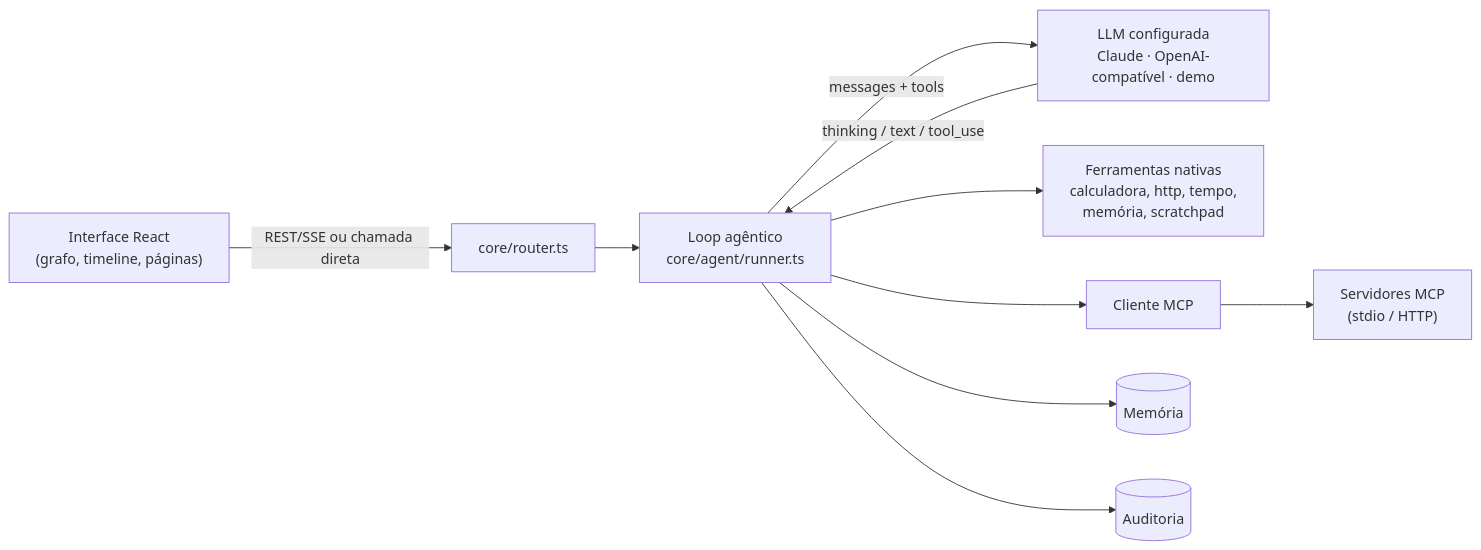
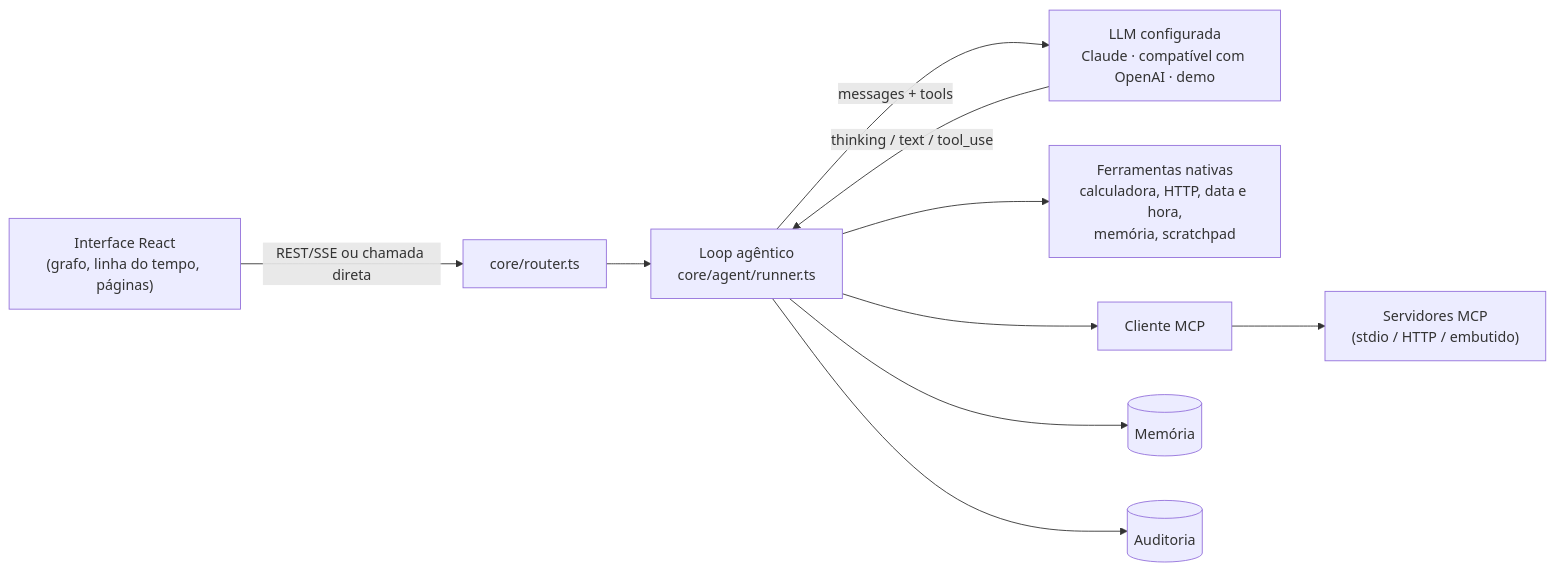
One commit to LeonardoLetr/poc_agents_plataform changed the diagram in README.md. Above: the diagram before and after it, drawn with Mermaid. The commit also changed other lines of this file and 12 other files, not shown here.

````diff
--- a/README.md
+++ b/README.md
@@ -71,11 +74,11 @@
 ```mermaid
 flowchart LR
-  UI["Interface React<br/>(grafo, timeline, páginas)"] -- "REST/SSE ou chamada direta" --> Router["core/router.ts"]
+  UI["Interface React<br/>(grafo, linha do tempo, páginas)"] -- "REST/SSE ou chamada direta" --> Router["core/router.ts"]
   Router --> Loop["Loop agêntico<br/>core/agent/runner.ts"]
-  Loop -- "messages + tools" --> LLM["LLM configurada<br/>Claude · OpenAI-compatível · demo"]
+  Loop -- "messages + tools" --> LLM["LLM configurada<br/>Claude · compatível com OpenAI · demo"]
   LLM -- "thinking / text / tool_use" --> Loop
-  Loop --> Nativas["Ferramentas nativas<br/>calculadora, http, tempo,<br/>memória, scratchpad"]
-  Loop --> MCP["Cliente MCP"] --> Servers["Servidores MCP<br/>(stdio / HTTP)"]
+  Loop --> Nativas["Ferramentas nativas<br/>calculadora, HTTP, data e hora,<br/>memória, scratchpad"]
+  Loop --> MCP["Cliente MCP"] --> Servers["Servidores MCP<br/>(stdio / HTTP / embutido)"]
   Loop --> Mem[("Memória")]
   Loop --> Audit[("Auditoria")]
 ```
````
